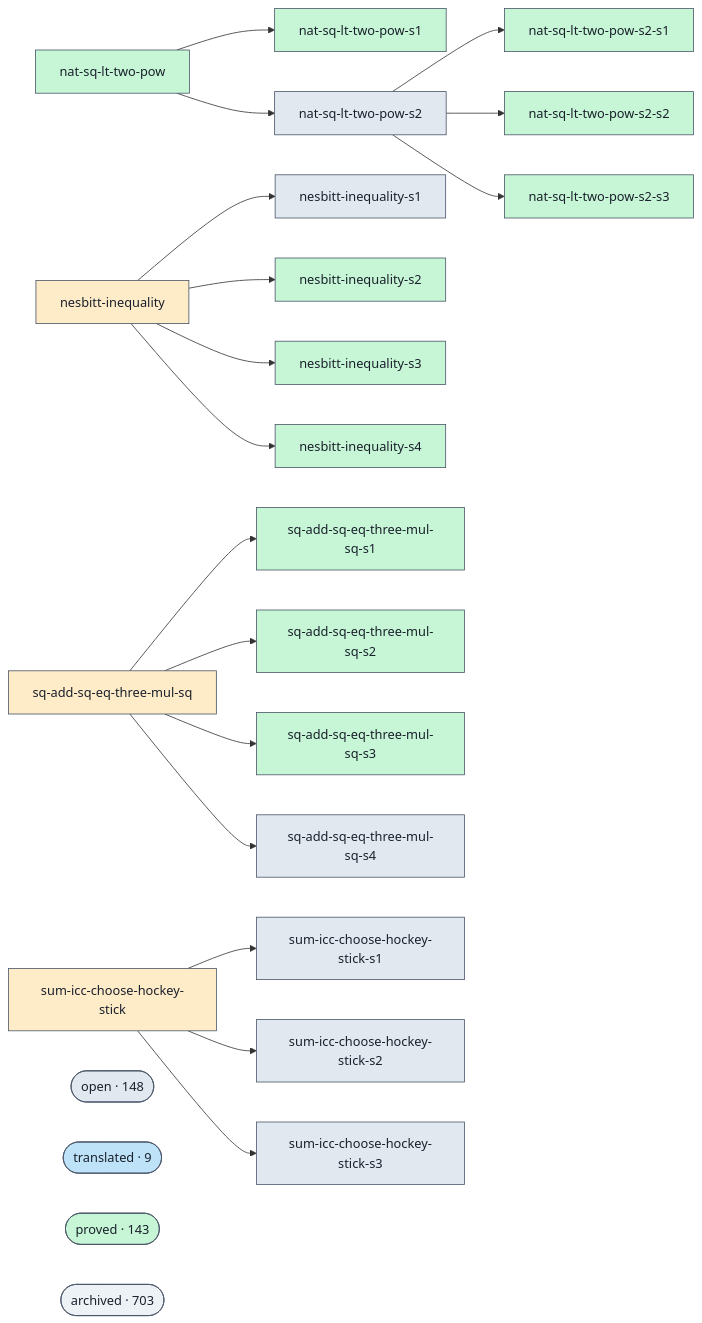
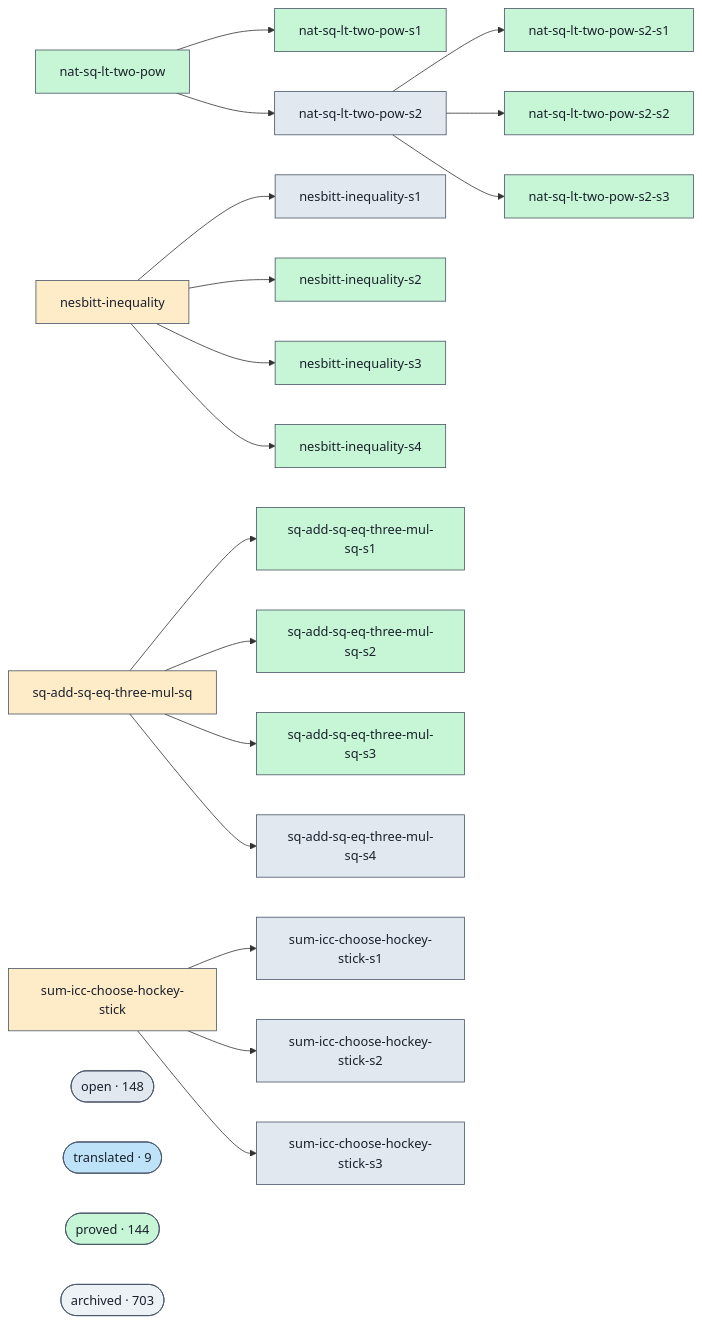
The diagram in docs/proofs-contributors-visualisation.md (ohdearquant/unsorry), drawn with Mermaid before and after one commit. The commit also changed other lines of this file and 2 other files, not shown here.

```diff
--- a/docs/proofs-contributors-visualisation.md
+++ b/docs/proofs-contributors-visualisation.md
@@ -102,7 +102,7 @@
   class cluster_open open;
   cluster_translated(["translated · 9"])
   class cluster_translated translated;
-  cluster_proved(["proved · 143"])
+  cluster_proved(["proved · 144"])
   class cluster_proved proved;
   cluster_archived(["archived · 703"])
   class cluster_archived unknown;
```
